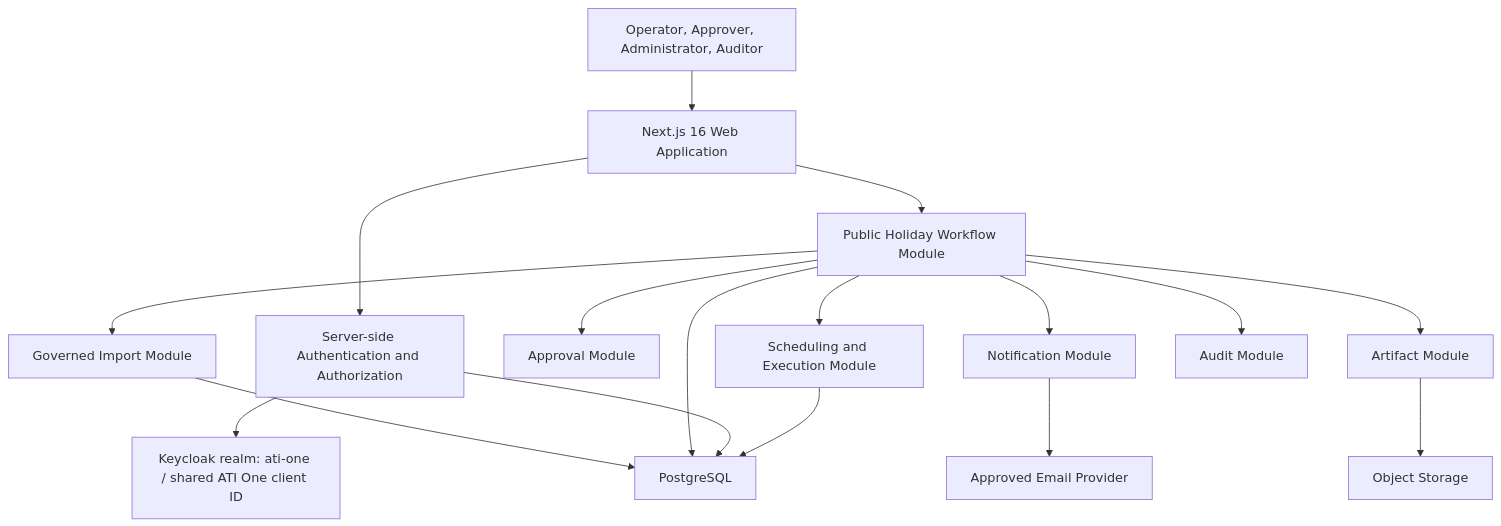
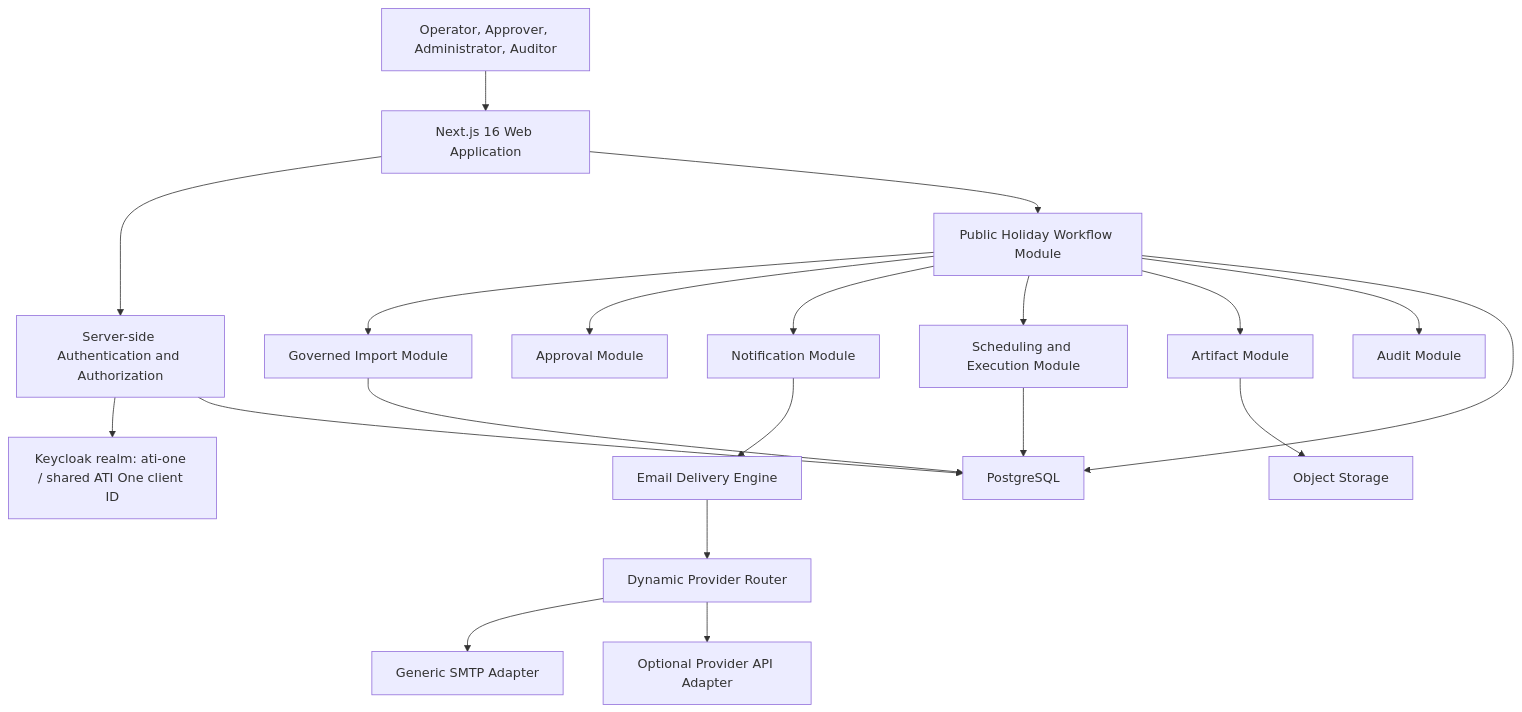
Before and after one commit to anshacerbia2/ati-ph: the first of 4 diagrams in architecture.md, drawn with Mermaid. The commit also changed other lines of this file and 6 other files, not shown here.

````diff
--- a/architecture.md
+++ b/architecture.md
@@ -38,19 +44,22 @@
 ```mermaid
 flowchart TD
     U["Operator, Approver, Administrator, Auditor"] --> WEB["Next.js 16 Web Application"]
     WEB --> AUTH["Server-side Authentication and Authorization"]
     AUTH --> KC["Keycloak realm: ati-one / shared ATI One client ID"]
     WEB --> APP["Public Holiday Workflow Module"]
     APP --> IMP["Governed Import Module"]
     APP --> APR["Approval Module"]
     APP --> MSG["Notification Module"]
     APP --> SCH["Scheduling and Execution Module"]
     APP --> ART["Artifact Module"]
     APP --> AUD["Audit Module"]
-    MSG --> MAIL["Approved Email Provider"]
+    MSG --> EDP["Email Delivery Engine"]
+    EDP --> ROUTER["Dynamic Provider Router"]
+    ROUTER --> SMTP["Generic SMTP Adapter"]
+    ROUTER --> PAPI["Optional Provider API Adapter"]
     ART --> STORE["Object Storage"]
     IMP --> DB["PostgreSQL"]
     APP --> DB
     AUTH --> DB
     SCH --> DB
 ```
````
